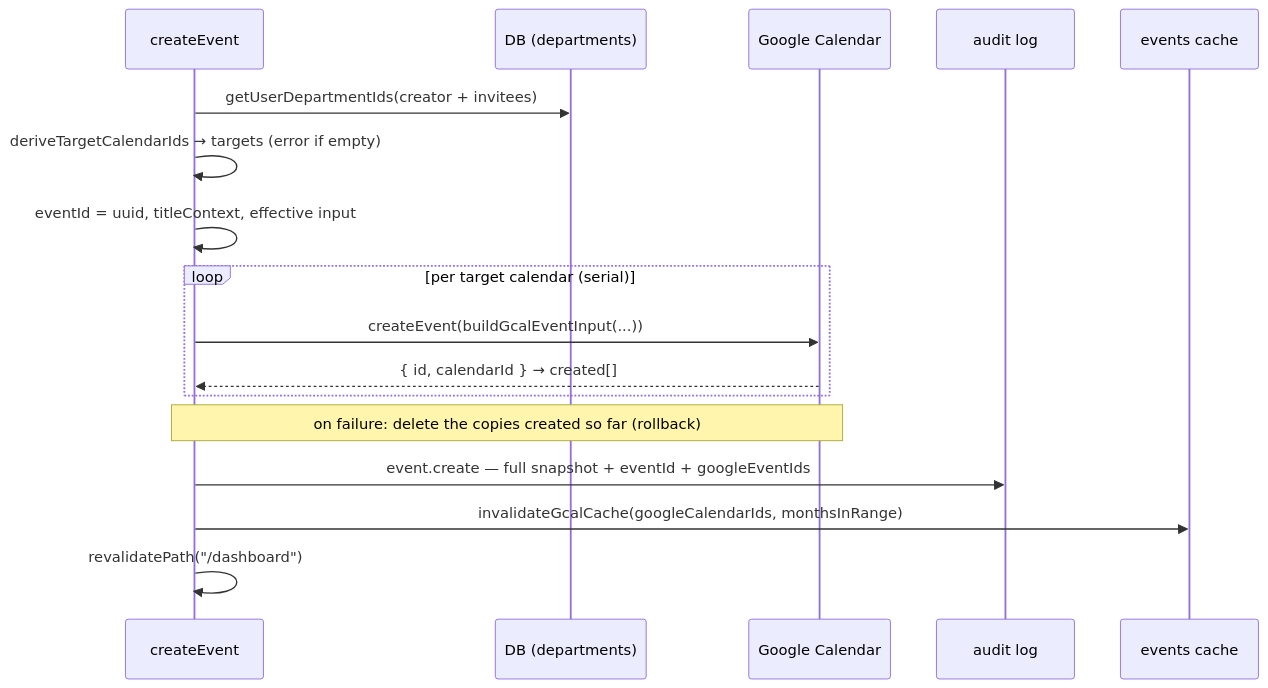
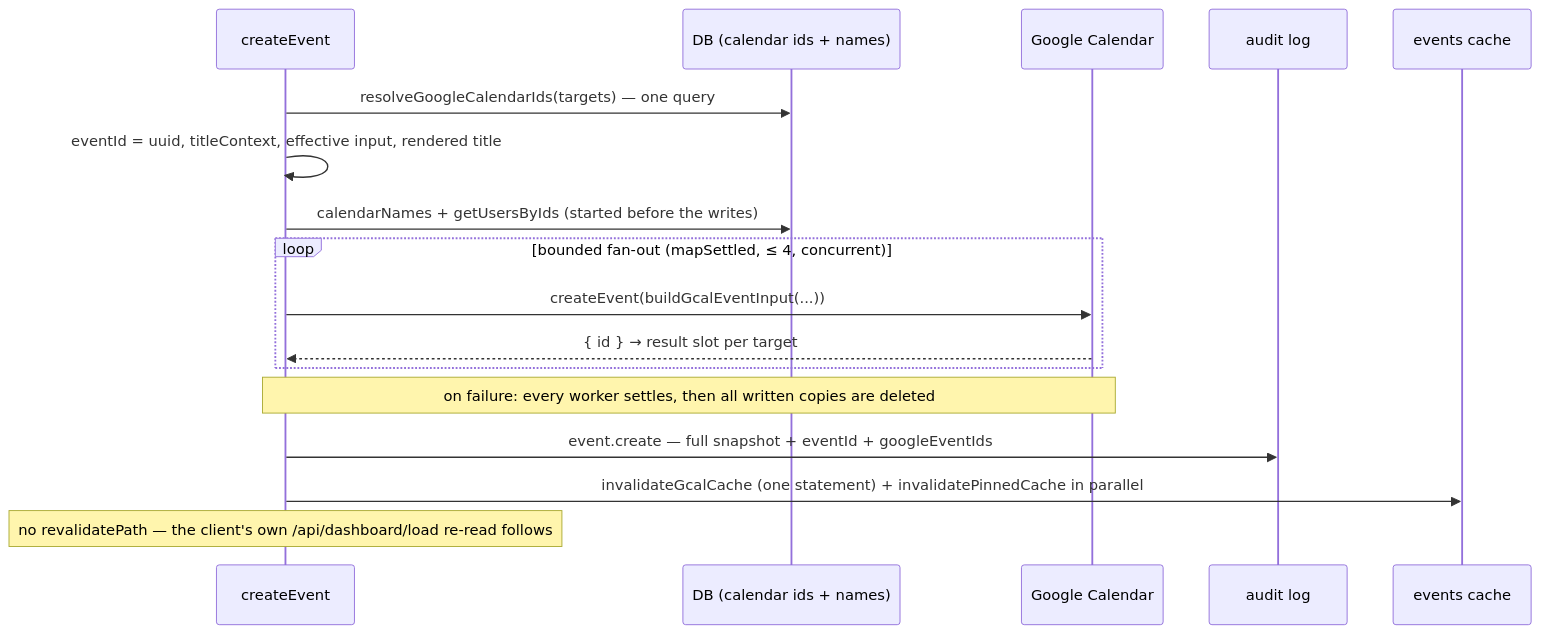
One commit to oncloudnintynineone-source/cloudy2 changed the second of 3 diagrams in docs/event-mutations.md. Above: the diagram before and after it, drawn with Mermaid. The commit also changed other lines of this file and 36 other files, not shown here.

Commit message:
perf: cut DB/Google round trips on event saves, filters and view CRUD

````diff
--- a/docs/event-mutations.md
+++ b/docs/event-mutations.md
@@ -112,19 +113,19 @@
 ```mermaid
 sequenceDiagram
  participant A as createEvent
- participant D as DB (departments)
+ participant D as DB (calendar ids + names)
  participant G as Google Calendar
  participant L as audit log
  participant C as events cache
- A->>D: getUserDepartmentIds(creator + invitees)
- A->>A: deriveTargetCalendarIds → targets (error if empty)
- A->>A: eventId = uuid, titleContext, effective input
- loop per target calendar (serial)
+ A->>D: resolveGoogleCalendarIds(targets) — one query
+ A->>A: eventId = uuid, titleContext, effective input, rendered title
+ A->>D: calendarNames + getUsersByIds (started before the writes)
+ loop bounded fan-out (mapSettled, ≤ 4, concurrent)
  A->>G: createEvent(buildGcalEventInput(...))
- G-->>A: { id, calendarId } → created[]
+ G-->>A: { id } → result slot per target
  end
- Note over A,G: on failure: delete the copies created so far (rollback)
+ Note over A,G: on failure: every worker settles, then all written copies are deleted
  A->>L: event.create — full snapshot + eventId + googleEventIds
- A->>C: invalidateGcalCache(googleCalendarIds, monthsInRange)
- A->>A: revalidatePath("/dashboard")
+ A->>C: invalidateGcalCache (one statement) + invalidatePinnedCache in parallel
+ Note over A: no revalidatePath — the client's own /api/dashboard/load re-read follows
 ```
````
